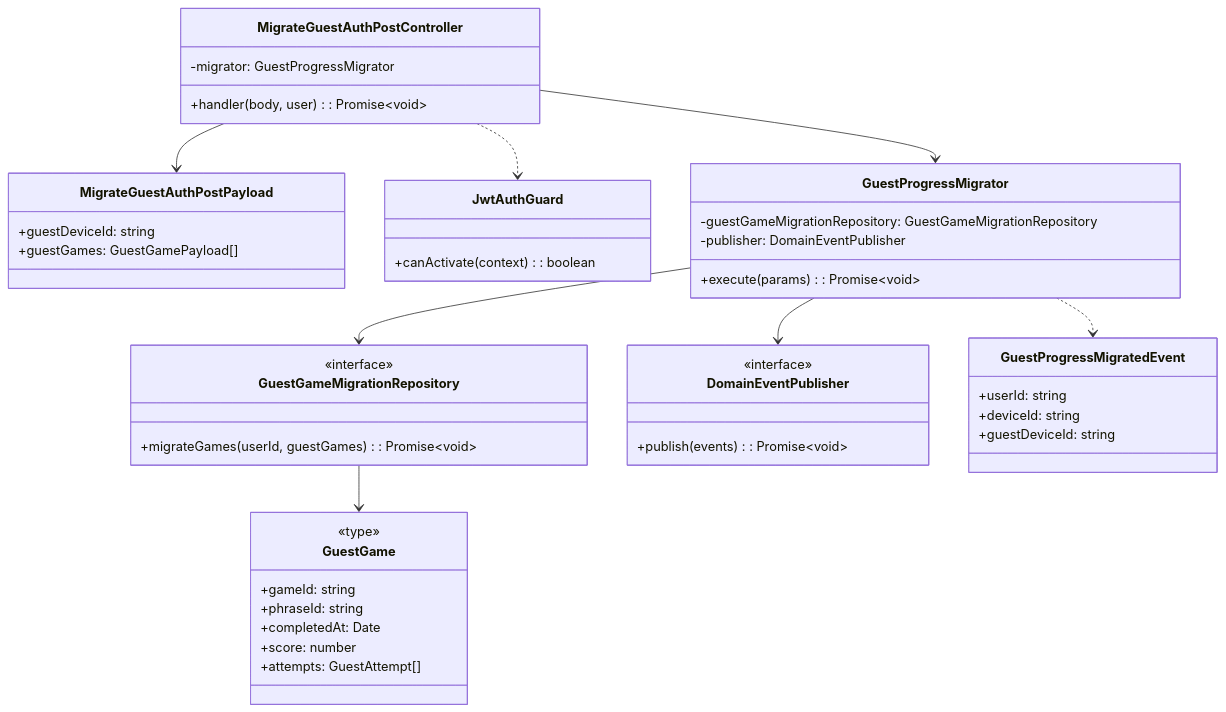
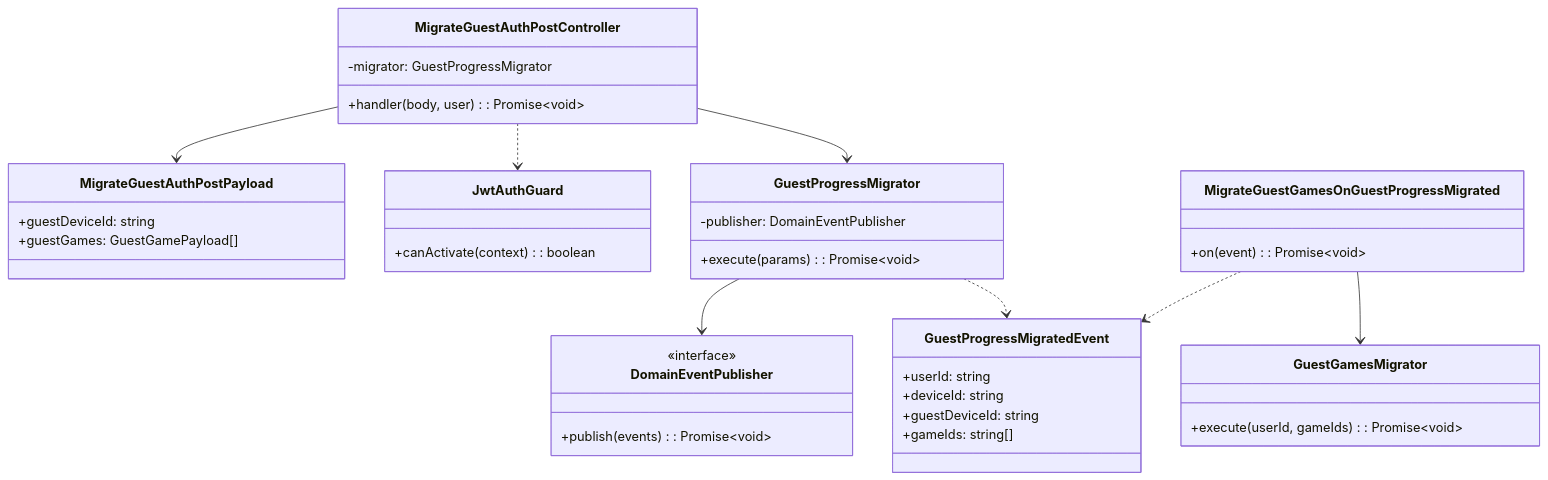
The diagram in docs/apps/api/identity/migrate-guest/classes.md (AbrahamVilchesDeLaCruz/ididntcatchthat), drawn with Mermaid before and after one commit. The commit also changed 23 other files, not shown here.

First line of the commit message:
refactor(identity): guest migration via domain events

````diff
--- a/docs/apps/api/identity/migrate-guest/classes.md
+++ b/docs/apps/api/identity/migrate-guest/classes.md
@@ -3,55 +3,49 @@
 ```mermaid
 classDiagram
     class MigrateGuestAuthPostController {
         -migrator: GuestProgressMigrator
         +handler(body, user): Promise~void~
     }
 
     class MigrateGuestAuthPostPayload {
         +guestDeviceId: string
         +guestGames: GuestGamePayload[]
     }
 
     class JwtAuthGuard {
         +canActivate(context): boolean
     }
 
     class GuestProgressMigrator {
-        -guestGameMigrationRepository: GuestGameMigrationRepository
         -publisher: DomainEventPublisher
         +execute(params): Promise~void~
-    }
-
-    class GuestGameMigrationRepository {
-        <<interface>>
-        +migrateGames(userId, guestGames): Promise~void~
-    }
-
-    class GuestGame {
-        <<type>>
-        +gameId: string
-        +phraseId: string
-        +completedAt: Date
-        +score: number
-        +attempts: GuestAttempt[]
     }
 
     class DomainEventPublisher {
         <<interface>>
         +publish(events): Promise~void~
     }
 
     class GuestProgressMigratedEvent {
         +userId: string
         +deviceId: string
         +guestDeviceId: string
+        +gameIds: string[]
+    }
+
+    class MigrateGuestGamesOnGuestProgressMigrated {
+        +on(event): Promise~void~
+    }
+
+    class GuestGamesMigrator {
+        +execute(userId, gameIds): Promise~void~
     }
 
     MigrateGuestAuthPostController --> GuestProgressMigrator
     MigrateGuestAuthPostController ..> JwtAuthGuard
     MigrateGuestAuthPostController --> MigrateGuestAuthPostPayload
-    GuestProgressMigrator --> GuestGameMigrationRepository
     GuestProgressMigrator --> DomainEventPublisher
     GuestProgressMigrator ..> GuestProgressMigratedEvent
-    GuestGameMigrationRepository --> GuestGame
+    MigrateGuestGamesOnGuestProgressMigrated ..> GuestProgressMigratedEvent
+    MigrateGuestGamesOnGuestProgressMigrated --> GuestGamesMigrator
 ```
````
